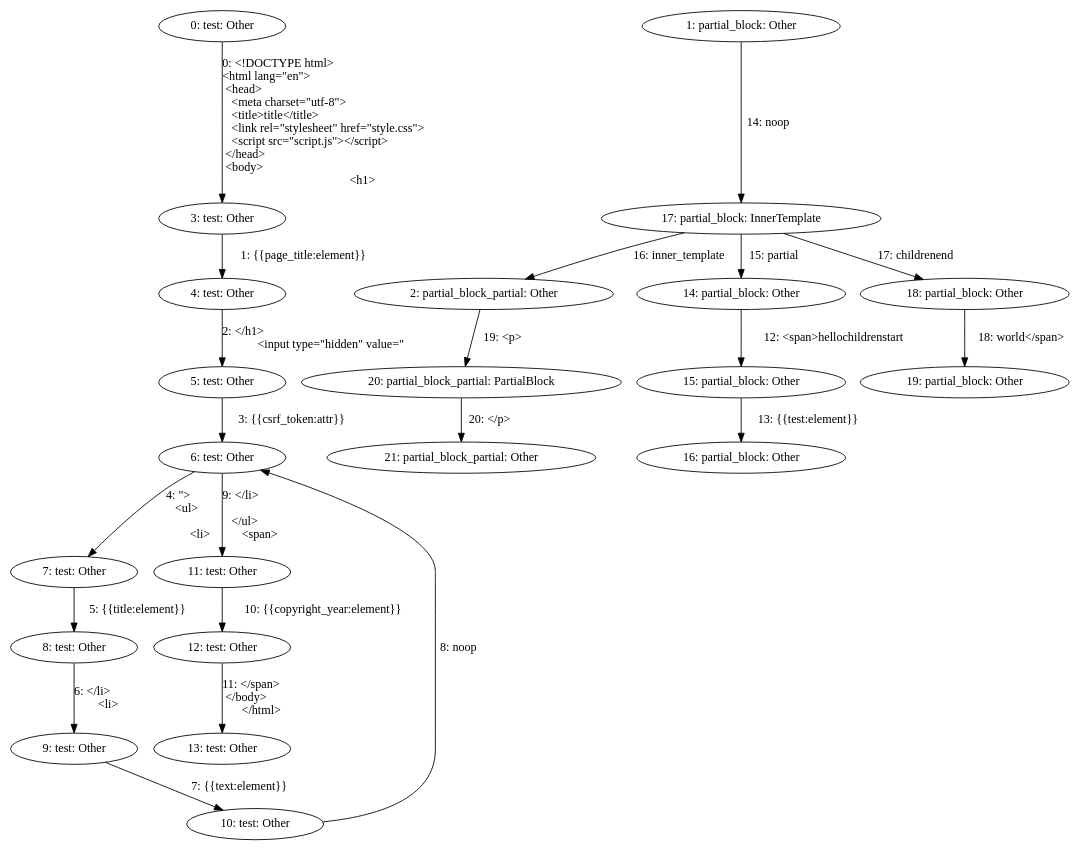
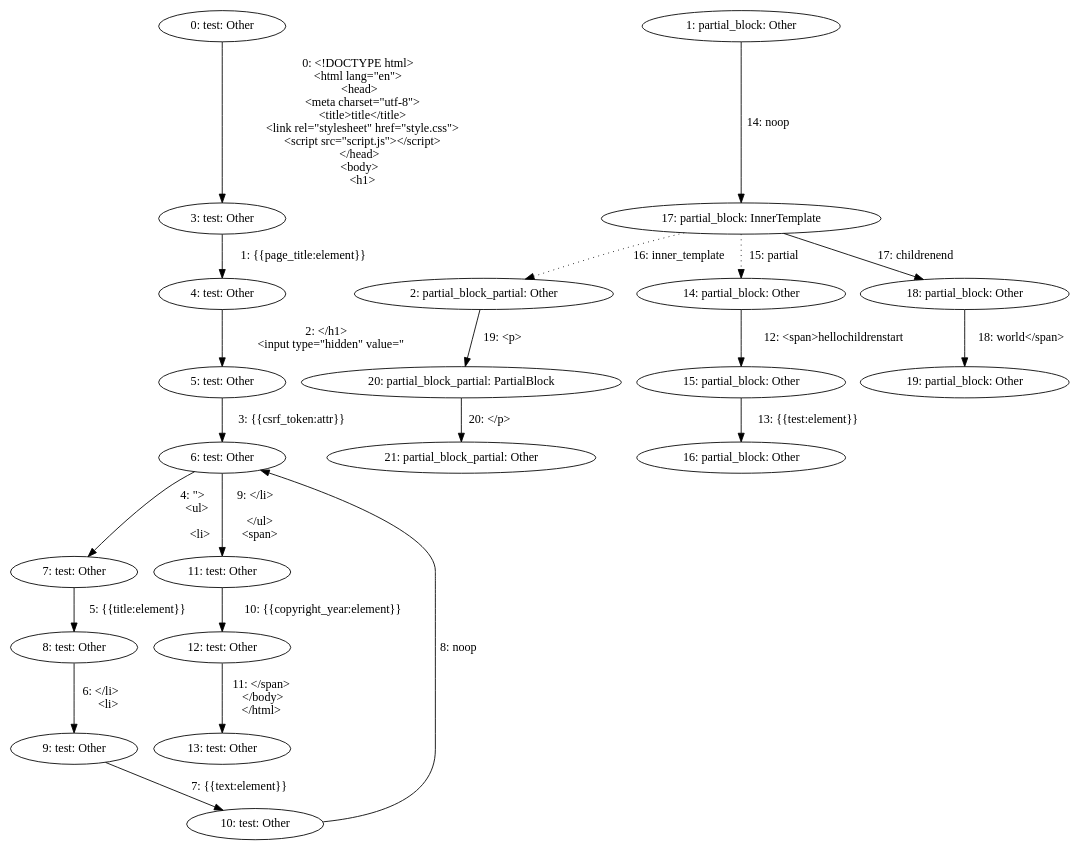
The diagram in zero-cost-templating/test,partial_block,partial_block_partial.dot (mohe2015/zero-cost-templating), drawn with Graphviz before and after one commit. The commit also changed 3 other files, not shown here.

Commit message:
nicer graph

```diff
--- a/zero-cost-templating/test,partial_block,partial_block_partial.dot
+++ b/zero-cost-templating/test,partial_block,partial_block_partial.dot
@@ -1,45 +1,64 @@
 digraph {
-    0 [ label = "0: test: Other" ]
-    1 [ label = "1: partial_block: Other" ]
-    2 [ label = "2: partial_block_partial: Other" ]
-    3 [ label = "3: test: Other" ]
-    4 [ label = "4: test: Other" ]
-    5 [ label = "5: test: Other" ]
-    6 [ label = "6: test: Other" ]
-    7 [ label = "7: test: Other" ]
-    8 [ label = "8: test: Other" ]
-    9 [ label = "9: test: Other" ]
-    10 [ label = "10: test: Other" ]
-    11 [ label = "11: test: Other" ]
-    12 [ label = "12: test: Other" ]
-    13 [ label = "13: test: Other" ]
-    14 [ label = "14: partial_block: Other" ]
-    15 [ label = "15: partial_block: Other" ]
-    16 [ label = "16: partial_block: Other" ]
-    17 [ label = "17: partial_block: InnerTemplate" ]
-    18 [ label = "18: partial_block: Other" ]
-    19 [ label = "19: partial_block: Other" ]
-    20 [ label = "20: partial_block_partial: PartialBlock" ]
-    21 [ label = "21: partial_block_partial: Other" ]
-    0 -> 3 [ label = "0: <!DOCTYPE html>\l<html lang=\"en\">\l  <head>\l    <meta charset=\"utf-8\">\l    <title>title</title>\l    <link rel=\"stylesheet\" href=\"style.css\">\l    <script src=\"script.js\"></script>\l  </head>\l  <body>\l    <h1>" ]
-    3 -> 4 [ label = "1: {{page_title:element}}" ]
-    4 -> 5 [ label = "2: </h1>\l    <input type=\"hidden\" value=\"" ]
-    5 -> 6 [ label = "3: {{csrf_token:attr}}" ]
-    6 -> 7 [ label = "4: \">\l    <ul>\l    \l      <li>" ]
-    7 -> 8 [ label = "5: {{title:element}}" ]
-    8 -> 9 [ label = "6: </li>\l      <li>" ]
-    9 -> 10 [ label = "7: {{text:element}}" ]
-    10 -> 6 [ label = "8: noop" ]
-    6 -> 11 [ label = "9: </li>\l    \l    </ul>\l    <span>" ]
-    11 -> 12 [ label = "10: {{copyright_year:element}}" ]
-    12 -> 13 [ label = "11: </span>\l  </body>\l</html>" ]
-    14 -> 15 [ label = "12: <span>hellochildrenstart" ]
-    15 -> 16 [ label = "13: {{test:element}}" ]
-    1 -> 17 [ label = "14: noop" ]
-    17 -> 14 [ label = "15: partial" ]
-    17 -> 2 [ label = "16: inner_template" ]
-    17 -> 18 [ label = "17: childrenend" ]
-    18 -> 19 [ label = "18: world</span>" ]
-    2 -> 20 [ label = "19: <p>" ]
-    20 -> 21 [ label = "20: </p>" ]
+    0 [ label = "0: test: Other"]
+    1 [ label = "1: partial_block: Other"]
+    2 [ label = "2: partial_block_partial: Other"]
+    3 [ label = "3: test: Other"]
+    4 [ label = "4: test: Other"]
+    5 [ label = "5: test: Other"]
+    6 [ label = "6: test: Other"]
+    7 [ label = "7: test: Other"]
+    8 [ label = "8: test: Other"]
+    9 [ label = "9: test: Other"]
+    10 [ label = "10: test: Other"]
+    11 [ label = "11: test: Other"]
+    12 [ label = "12: test: Other"]
+    13 [ label = "13: test: Other"]
+    14 [ label = "14: partial_block: Other"]
+    15 [ label = "15: partial_block: Other"]
+    16 [ label = "16: partial_block: Other"]
+    17 [ label = "17: partial_block: InnerTemplate"]
+    18 [ label = "18: partial_block: Other"]
+    19 [ label = "19: partial_block: Other"]
+    20 [ label = "20: partial_block_partial: PartialBlock"]
+    21 [ label = "21: partial_block_partial: Other"]
+    0 -> 3 [ label = "0: <!DOCTYPE html>
+<html lang=\"en\">
+  <head>
+    <meta charset=\"utf-8\">
+    <title>title</title>
+    <link rel=\"stylesheet\" href=\"style.css\">
+    <script src=\"script.js\"></script>
+  </head>
+  <body>
+    <h1>"]
+    3 -> 4 [ label = "1: {{page_title:element}}"]
+    4 -> 5 [ label = "2: </h1>
+    <input type=\"hidden\" value=\""]
+    5 -> 6 [ label = "3: {{csrf_token:attr}}"]
+    6 -> 7 [ label = "4: \">
+    <ul>
+    
+      <li>"]
+    7 -> 8 [ label = "5: {{title:element}}"]
+    8 -> 9 [ label = "6: </li>
+      <li>"]
+    9 -> 10 [ label = "7: {{text:element}}"]
+    10 -> 6 [ label = "8: noop"]
+    6 -> 11 [ label = "9: </li>
+    
+    </ul>
+    <span>"]
+    11 -> 12 [ label = "10: {{copyright_year:element}}"]
+    12 -> 13 [ label = "11: </span>
+  </body>
+</html>"]
+    14 -> 15 [ label = "12: <span>hellochildrenstart"]
+    15 -> 16 [ label = "13: {{test:element}}"]
+    1 -> 17 [ label = "14: noop"]
+    17 -> 14 [ label = "15: partial" style = dotted]
+    17 -> 2 [ label = "16: inner_template" style = dotted]
+    17 -> 18 [ label = "17: childrenend"]
+    18 -> 19 [ label = "18: world</span>"]
+    2 -> 20 [ label = "19: <p>"]
+    20 -> 21 [ label = "20: </p>"]
 }
```
